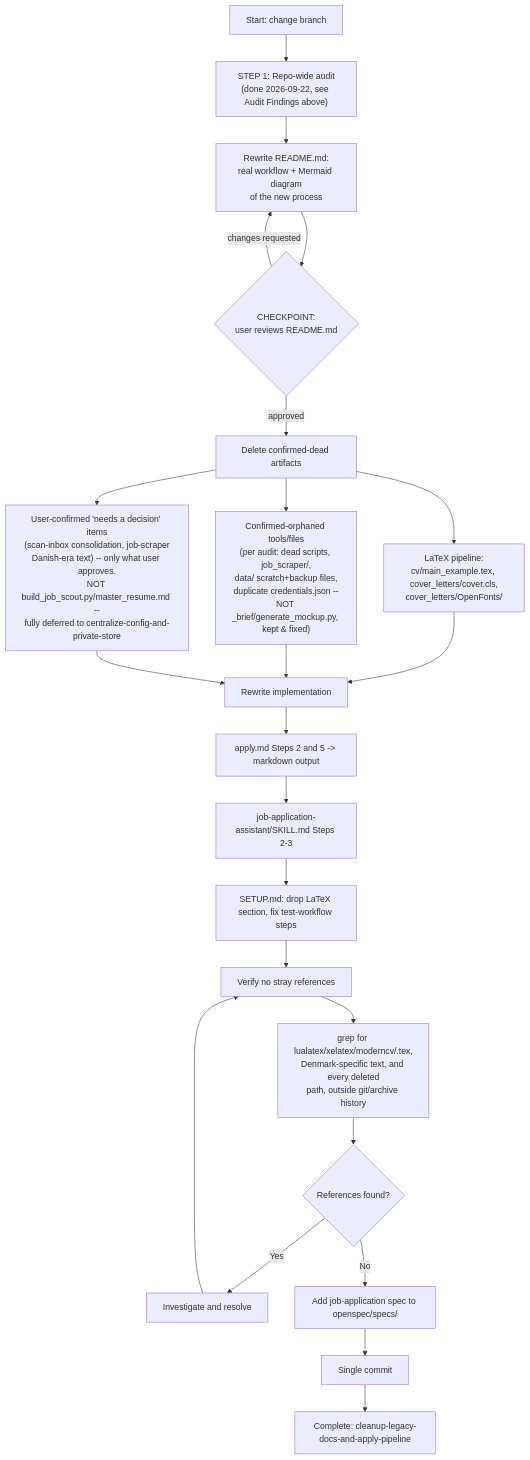
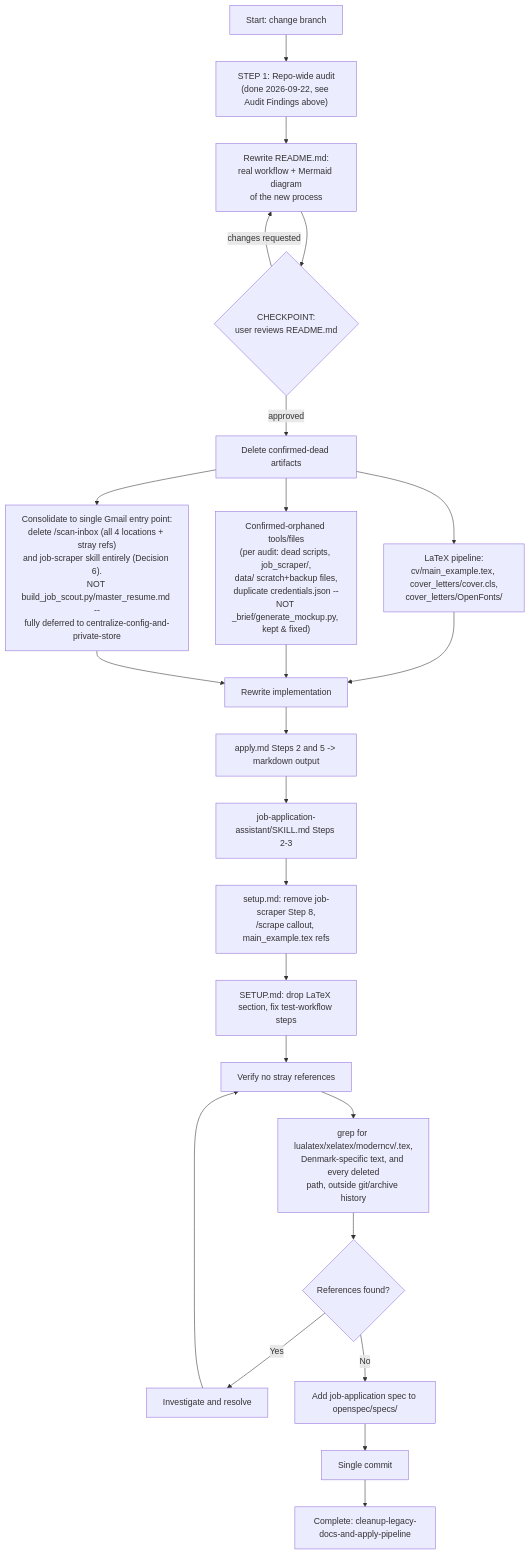
Before and after one commit to iourichadour/ai-job-search-private: the diagram in openspec/changes/cleanup-legacy-docs-and-apply-pipeline/design.md, drawn with Mermaid. The commit also changed other lines of this file and 59 other files, not shown here.

First line of the commit message:
chore(SCRUM-17-followup): repo-wide dead-artifact cleanup, delete LaTeX pipeline, align apply.md/docs with markdown workflow, add job-application spec

````diff
--- a/openspec/changes/cleanup-legacy-docs-and-apply-pipeline/design.md
+++ b/openspec/changes/cleanup-legacy-docs-and-apply-pipeline/design.md
@@ -84,27 +89,28 @@
 ```mermaid
 flowchart TD
     A["Start: change branch"] --> S1["STEP 1: Repo-wide audit\n(done 2026-09-22, see Audit Findings above)"]
     S1 --> S2["Rewrite README.md:\nreal workflow + Mermaid diagram\nof the new process"]
     S2 --> CP{"CHECKPOINT:\nuser reviews README.md"}
     CP -->|"changes requested"| S2
     CP -->|approved| B["Delete confirmed-dead artifacts"]
 
     B --> B1["LaTeX pipeline:\ncv/main_example.tex, cover_letters/cover.cls,\ncover_letters/OpenFonts/"]
     B --> B2["Confirmed-orphaned tools/files\n(per audit: dead scripts, job_scraper/,\ndata/ scratch+backup files,\nduplicate credentials.json --\nNOT _brief/generate_mockup.py, kept & fixed)"]
-    B --> B3["User-confirmed 'needs a decision' items\n(scan-inbox consolidation, job-scraper\nDanish-era text) -- only what user approves.\nNOT build_job_scout.py/master_resume.md --\nfully deferred to centralize-config-and-private-store"]
+    B --> B3["Consolidate to single Gmail entry point:\ndelete /scan-inbox (all 4 locations + stray refs)\nand job-scraper skill entirely (Decision 6).\nNOT build_job_scout.py/master_resume.md --\nfully deferred to centralize-config-and-private-store"]
 
     B1 --> C["Rewrite implementation"]
     B2 --> C
     B3 --> C
     C --> C1["apply.md Steps 2 and 5 -> markdown output"]
     C1 --> C2["job-application-assistant/SKILL.md Steps 2-3"]
-    C2 --> D2["SETUP.md: drop LaTeX section, fix test-workflow steps"]
+    C2 --> C3["setup.md: remove job-scraper Step 8,\n/scrape callout, main_example.tex refs"]
+    C3 --> D2["SETUP.md: drop LaTeX section, fix test-workflow steps"]
     D2 --> E["Verify no stray references"]
     E --> E1["grep for lualatex/xelatex/moderncv/.tex,\nDenmark-specific text, and every deleted\npath, outside git/archive history"]
     E1 --> F{References found?}
     F -->|Yes| G["Investigate and resolve"]
     G --> E
     F -->|No| H["Add job-application spec to openspec/specs/"]
     H --> I["Single commit"]
     I --> J["Complete: cleanup-legacy-docs-and-apply-pipeline"]
 ```
````
